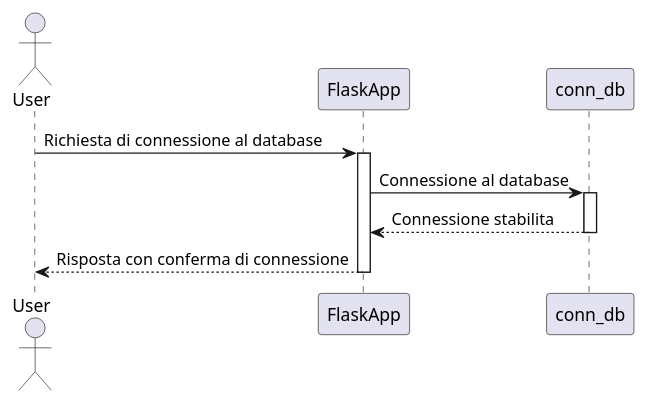
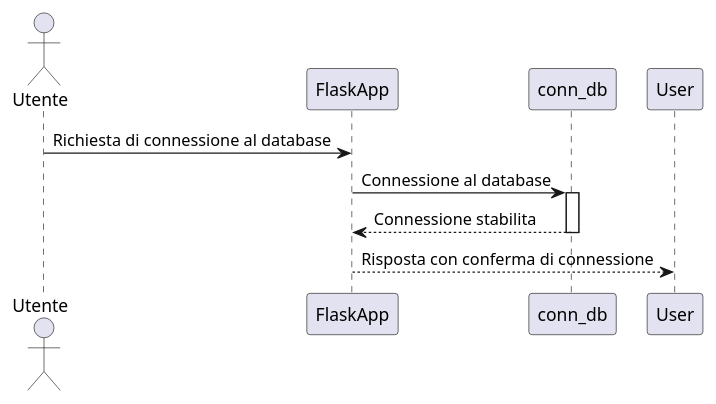
Before and after one commit to GiuseppePioDeBiase/POSD_System: the diagram in Diagramma di sequenza.puml, drawn with PlantUML. The commit also changed 1 other file, not shown here.

```diff
--- a/Diagramma di sequenza.puml
+++ b/Diagramma di sequenza.puml
@@ -1,14 +1,15 @@
 @startuml
-actor User
+actor Utente
 participant FlaskApp
 participant conn_db
 
-User -> FlaskApp: Richiesta di connessione al database
-activate FlaskApp
+Utente -> FlaskApp: Richiesta di connessione al database
+
+
 FlaskApp -> conn_db: Connessione al database
 activate conn_db
 conn_db --> FlaskApp: Connessione stabilita
 deactivate conn_db
 FlaskApp --> User: Risposta con conferma di connessione
 deactivate FlaskApp
 @enduml
```
